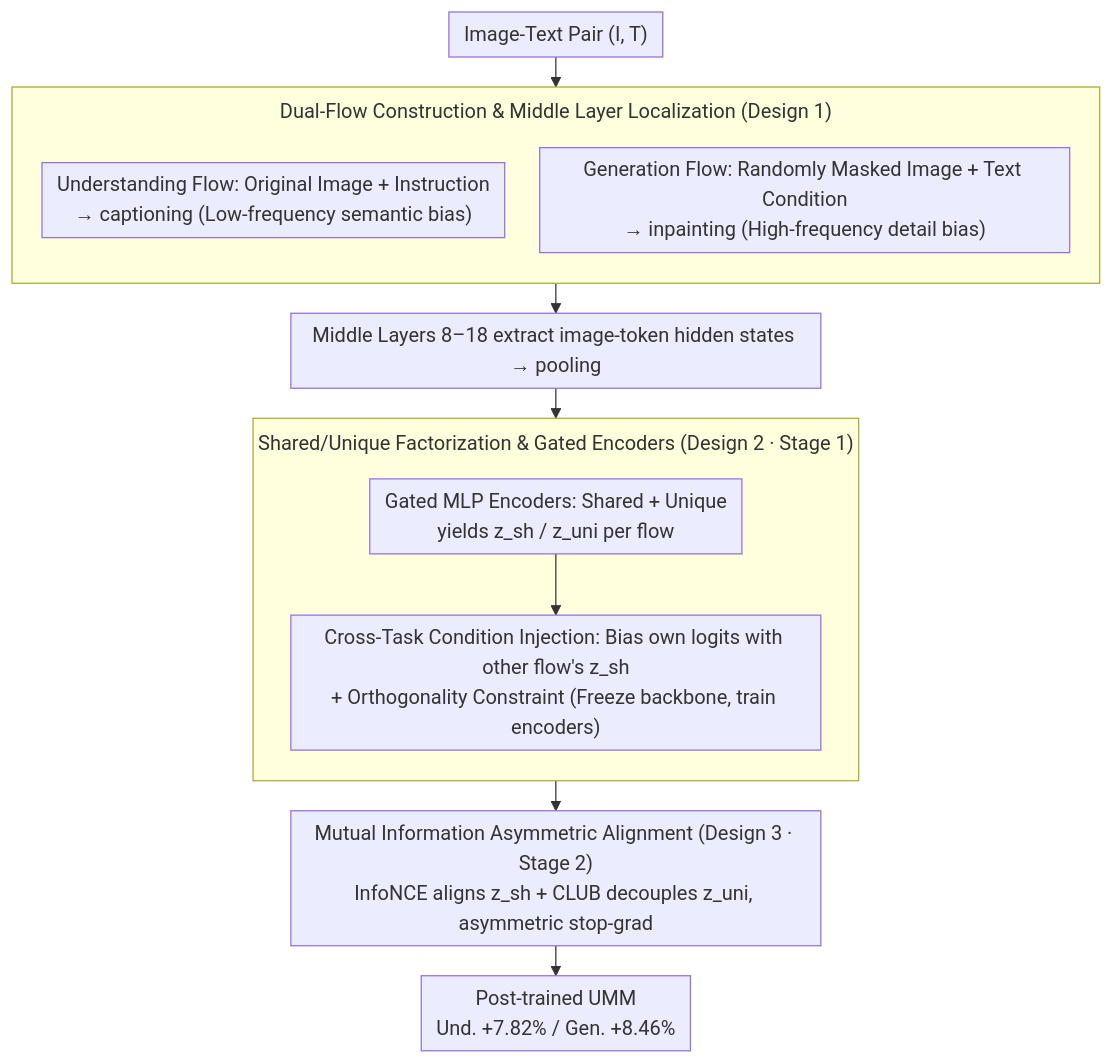
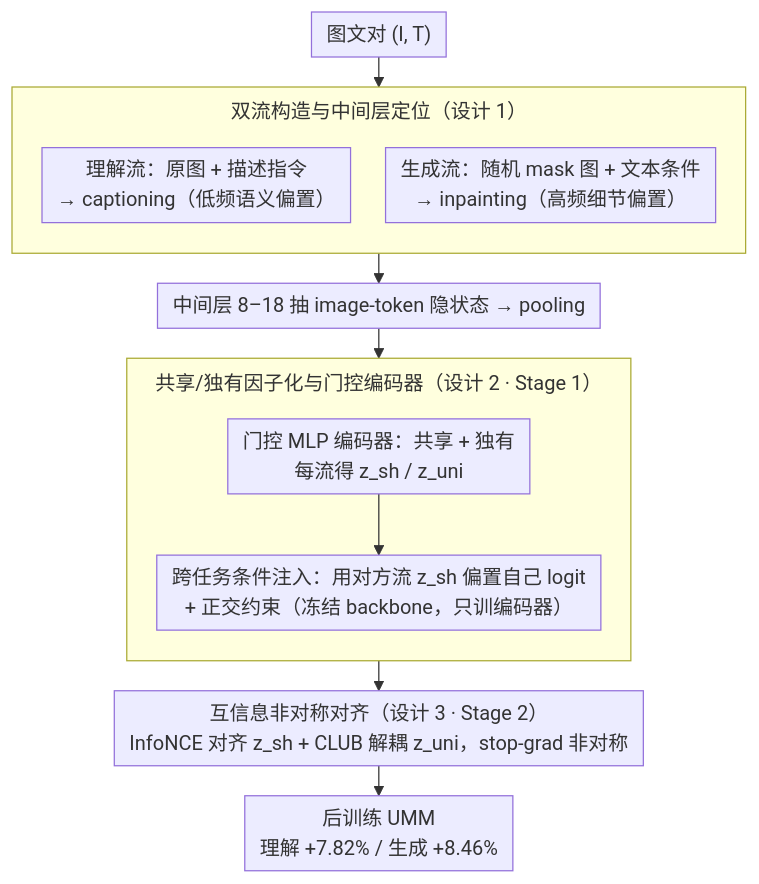
One commit to zhaoyang97/Paper-Notes-en changed the diagram in docs/ICML2026/multimodal_vlm/diva_harnessing_the_representation_divergence_in_unified_multimodal_models_for_m.md. Above: the diagram before and after it, drawn with Mermaid. The commit also changed other lines of this file and 5084 other files, not shown here.

````diff
--- a/docs/ICML2026/multimodal_vlm/diva_harnessing_the_representation_divergence_in_unified_multimodal_models_for_m.md
+++ b/docs/ICML2026/multimodal_vlm/diva_harnessing_the_representation_divergence_in_unified_multimodal_models_for_m.md
@@ -42,21 +42,21 @@
 ```mermaid
 %%{init: {'flowchart': {'rankSpacing': 24, 'nodeSpacing': 28, 'padding': 6, 'wrappingWidth': 400, 'subGraphTitleMargin': {'top': 8, 'bottom': 16}}}}%%
 flowchart TD
-    P["Image-Text Pair (I, T)"]
-    subgraph DUAL["Dual-Flow Construction & Middle Layer Localization (Design 1)"]
+    P["图文对 (I, T)"]
+    subgraph DUAL["双流构造与中间层定位（设计 1）"]
         direction TB
-        U["Understanding Flow: Original Image + Instruction<br/>→ captioning (Low-frequency semantic bias)"]
-        G["Generation Flow: Randomly Masked Image + Text Condition<br/>→ inpainting (High-frequency detail bias)"]
+        U["理解流：原图 + 描述指令<br/>→ captioning（低频语义偏置）"]
+        G["生成流：随机 mask 图 + 文本条件<br/>→ inpainting（高频细节偏置）"]
     end
     P --> DUAL
-    DUAL --> MID["Middle Layers 8–18 extract image-token hidden states → pooling"]
-    subgraph FAC["Shared/Unique Factorization & Gated Encoders (Design 2 · Stage 1)"]
+    DUAL --> MID["中间层 8–18 抽 image-token 隐状态 → pooling"]
+    subgraph FAC["共享/独有因子化与门控编码器（设计 2 · Stage 1）"]
         direction TB
-        ENC["Gated MLP Encoders: Shared + Unique<br/>yields z_sh / z_uni per flow"]
-        CTC["Cross-Task Condition Injection: Bias own logits with other flow's z_sh<br/>+ Orthogonality Constraint (Freeze backbone, train encoders)"]
+        ENC["门控 MLP 编码器：共享 + 独有<br/>每流得 z_sh / z_uni"]
+        CTC["跨任务条件注入：用对方流 z_sh 偏置自己 logit<br/>+ 正交约束（冻结 backbone，只训编码器）"]
         ENC --> CTC
     end
     MID --> FAC
-    FAC --> S2["Mutual Information Asymmetric Alignment (Design 3 · Stage 2)<br/>InfoNCE aligns z_sh + CLUB decouples z_uni, asymmetric stop-grad"]
-    S2 --> OUT["Post-trained UMM<br/>Und. +7.82% / Gen. +8.46%"]
+    FAC --> S2["互信息非对称对齐（设计 3 · Stage 2）<br/>InfoNCE 对齐 z_sh + CLUB 解耦 z_uni，stop-grad 非对称"]
+    S2 --> OUT["后训练 UMM<br/>理解 +7.82% / 生成 +8.46%"]
 ```
````
